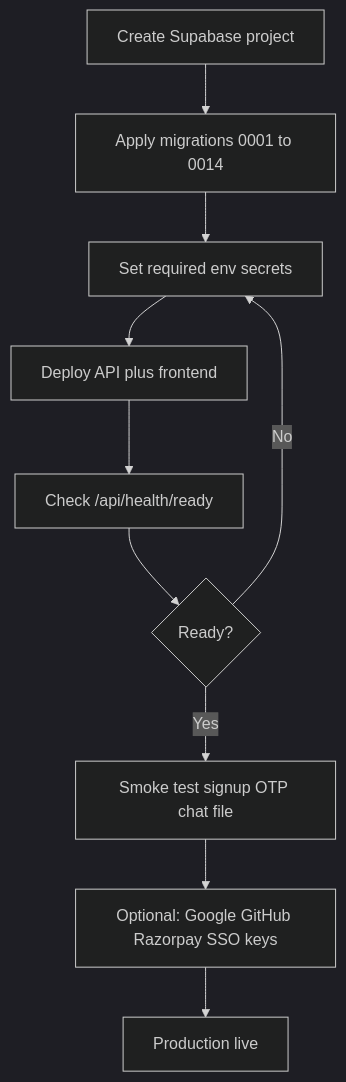
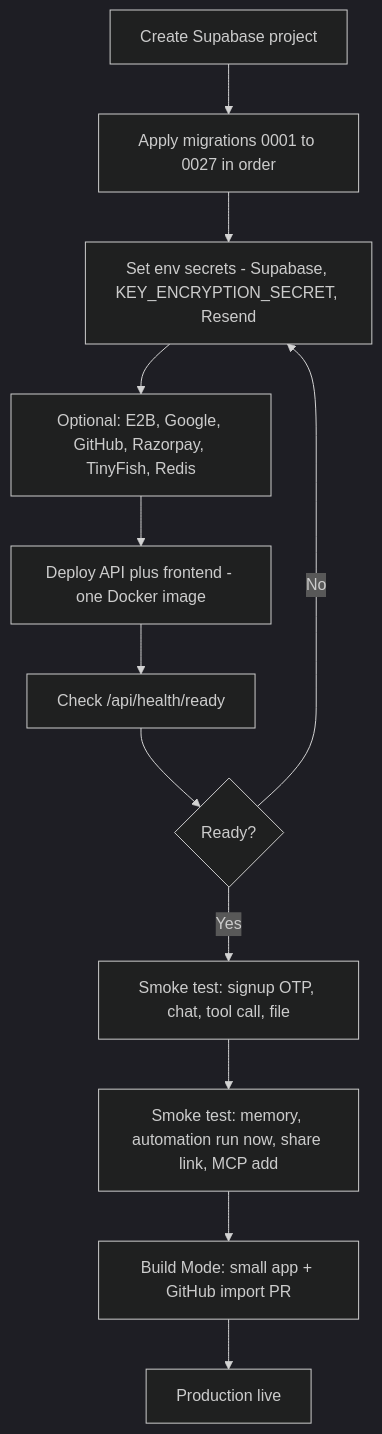
One commit to billionairestechnologies/Friday-ai changed the diagram in docs/diagrams/10-go-live-checklist.mmd. Above: the diagram before and after it, drawn with Mermaid (dark theme). The commit also changed 44 other files, not shown here.

First line of the commit message:
Update diagrams, docs and add CLAUDE.md project memory for the agent-platform upgrade

```diff
--- a/docs/diagrams/10-go-live-checklist.mmd
+++ b/docs/diagrams/10-go-live-checklist.mmd
@@ -1,10 +1,12 @@
 flowchart TD
-  A[Create Supabase project] --> B[Apply migrations 0001 to 0014]
-  B --> C[Set required env secrets]
-  C --> D[Deploy API plus frontend]
+  A[Create Supabase project] --> B[Apply migrations 0001 to 0027 in order]
+  B --> C[Set env secrets - Supabase, KEY_ENCRYPTION_SECRET, Resend]
+  C --> C2[Optional: E2B, Google, GitHub, Razorpay, TinyFish, Redis]
+  C2 --> D[Deploy API plus frontend - one Docker image]
   D --> E[Check /api/health/ready]
   E --> F{Ready?}
   F -->|No| C
-  F -->|Yes| G[Smoke test signup OTP chat file]
-  G --> H[Optional: Google GitHub Razorpay SSO keys]
-  H --> I[Production live]
+  F -->|Yes| G[Smoke test: signup OTP, chat, tool call, file]
+  G --> H[Smoke test: memory, automation run now, share link, MCP add]
+  H --> I[Build Mode: small app + GitHub import PR]
+  I --> J[Production live]
```
